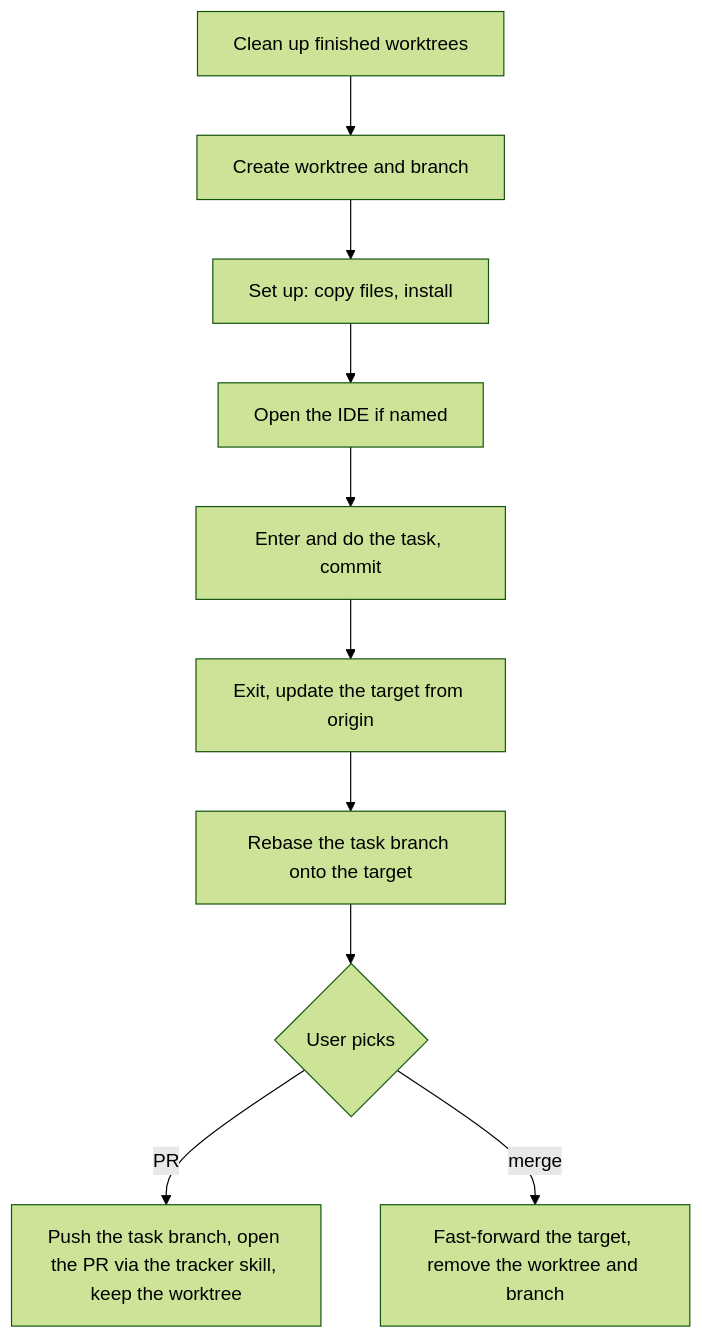
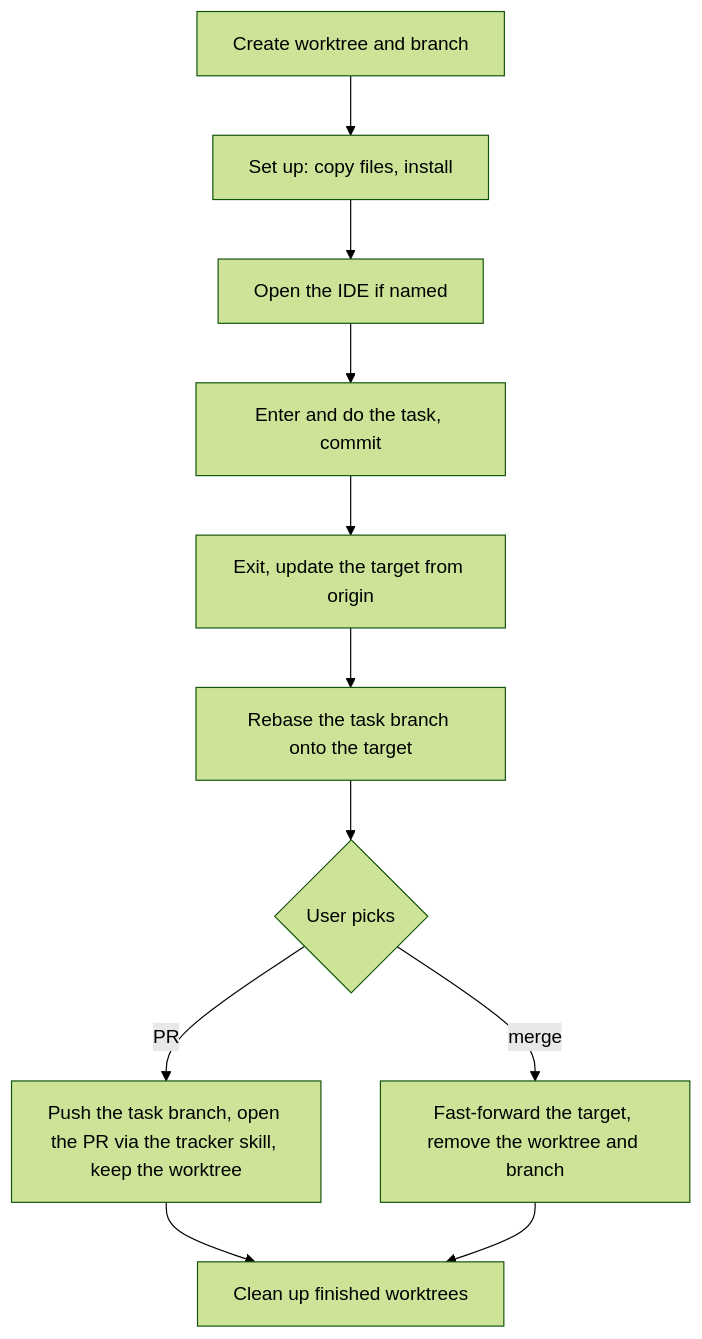
Before and after one commit to fozy-labs/astp: the diagram in templates/agreement/skills/git/references/isolation.md, drawn with Mermaid (forest theme). The commit also changed other lines of this file and 1 other file, not shown here.

````diff
--- a/templates/agreement/skills/git/references/isolation.md
+++ b/templates/agreement/skills/git/references/isolation.md
@@ -5,12 +5,13 @@
 ```mermaid
 flowchart TD
-    A[Clean up finished worktrees] --> B[Create worktree and branch]
-    B --> C[Set up: copy files, install]
+    B[Create worktree and branch] --> C[Set up: copy files, install]
     C --> D[Open the IDE if named]
     D --> E[Enter and do the task, commit]
     E --> F[Exit, update the target from origin]
     F --> G[Rebase the task branch onto the target]
     G --> H{User picks}
     H -- PR --> I[Push the task branch, open the PR via the tracker skill, keep the worktree]
     H -- merge --> J[Fast-forward the target, remove the worktree and branch]
+    I --> K[Clean up finished worktrees]
+    J --> K
 ```
````
